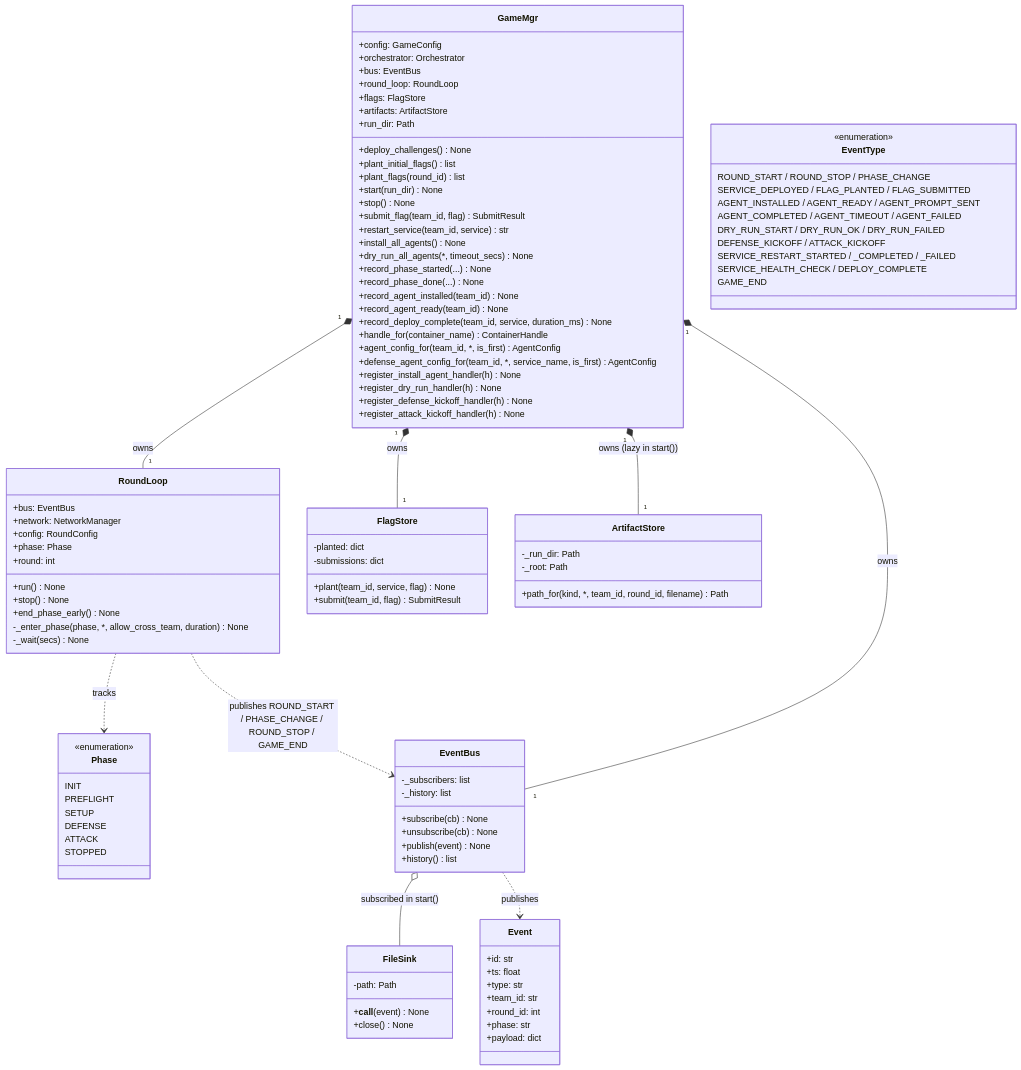
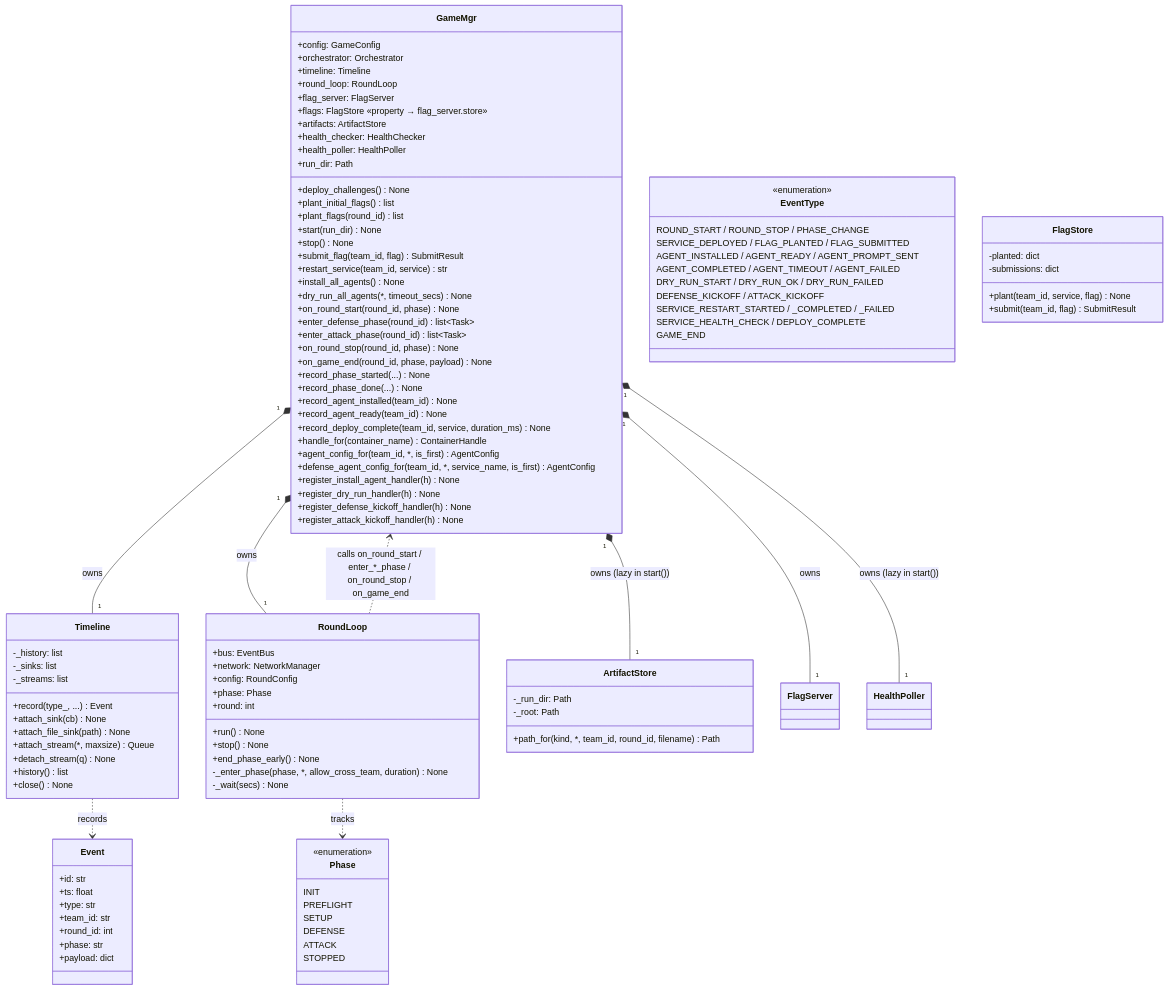
Before and after one commit to YueyangPan/CyberArenaOrchestration: the first of 3 diagrams in docs/UML/game_manager.md, drawn with Mermaid. The commit also changed other lines of this file and 45 other files, not shown here.

First line of the commit message:
refactor(facilities): extract Timeline / FlagServer / HealthPoller from GameMgr

````diff
--- a/docs/UML/game_manager.md
+++ b/docs/UML/game_manager.md
@@ -12,10 +22,13 @@
   class GameMgr {
     +config: GameConfig
     +orchestrator: Orchestrator
-    +bus: EventBus
+    +timeline: Timeline
     +round_loop: RoundLoop
-    +flags: FlagStore
+    +flag_server: FlagServer
+    +flags: FlagStore  «property → flag_server.store»
     +artifacts: ArtifactStore
+    +health_checker: HealthChecker
+    +health_poller: HealthPoller
     +run_dir: Path
     +deploy_challenges() None
     +plant_initial_flags() list
@@ -26,6 +39,11 @@
     +restart_service(team_id, service) str
     +install_all_agents() None
     +dry_run_all_agents(*, timeout_secs) None
+    +on_round_start(round_id, phase) None
+    +enter_defense_phase(round_id) list~Task~
+    +enter_attack_phase(round_id) list~Task~
+    +on_round_stop(round_id, phase) None
+    +on_game_end(round_id, phase, payload) None
     +record_phase_started(...) None
     +record_phase_done(...) None
     +record_agent_installed(team_id) None
@@ -63,18 +81,16 @@
     STOPPED
   }
 
-  class EventBus {
-    -_subscribers: list
+  class Timeline {
     -_history: list
-    +subscribe(cb) None
-    +unsubscribe(cb) None
-    +publish(event) None
+    -_sinks: list
+    -_streams: list
+    +record(type_, ...) Event
+    +attach_sink(cb) None
+    +attach_file_sink(path) None
+    +attach_stream(*, maxsize) Queue
+    +detach_stream(q) None
     +history() list
-  }
-
-  class FileSink {
-    -path: Path
-    +__call__(event) None
     +close() None
   }
 
@@ -114,12 +130,12 @@
     +path_for(kind, *, team_id, round_id, filename) Path
   }
 
-  GameMgr "1" *-- "1" EventBus : owns
+  GameMgr "1" *-- "1" Timeline : owns
   GameMgr "1" *-- "1" RoundLoop : owns
-  GameMgr "1" *-- "1" FlagStore : owns
+  GameMgr "1" *-- "1" FlagServer : owns
   GameMgr "1" *-- "1" ArtifactStore : owns (lazy in start())
-  EventBus o-- FileSink : subscribed in start()
-  EventBus ..> Event : publishes
+  GameMgr "1" *-- "1" HealthPoller : owns (lazy in start())
+  Timeline ..> Event : records
   RoundLoop ..> Phase : tracks
-  RoundLoop ..> EventBus : publishes ROUND_START / PHASE_CHANGE / ROUND_STOP / GAME_END
+  RoundLoop ..> GameMgr : calls on_round_start / enter_*_phase / on_round_stop / on_game_end
 ```
````
